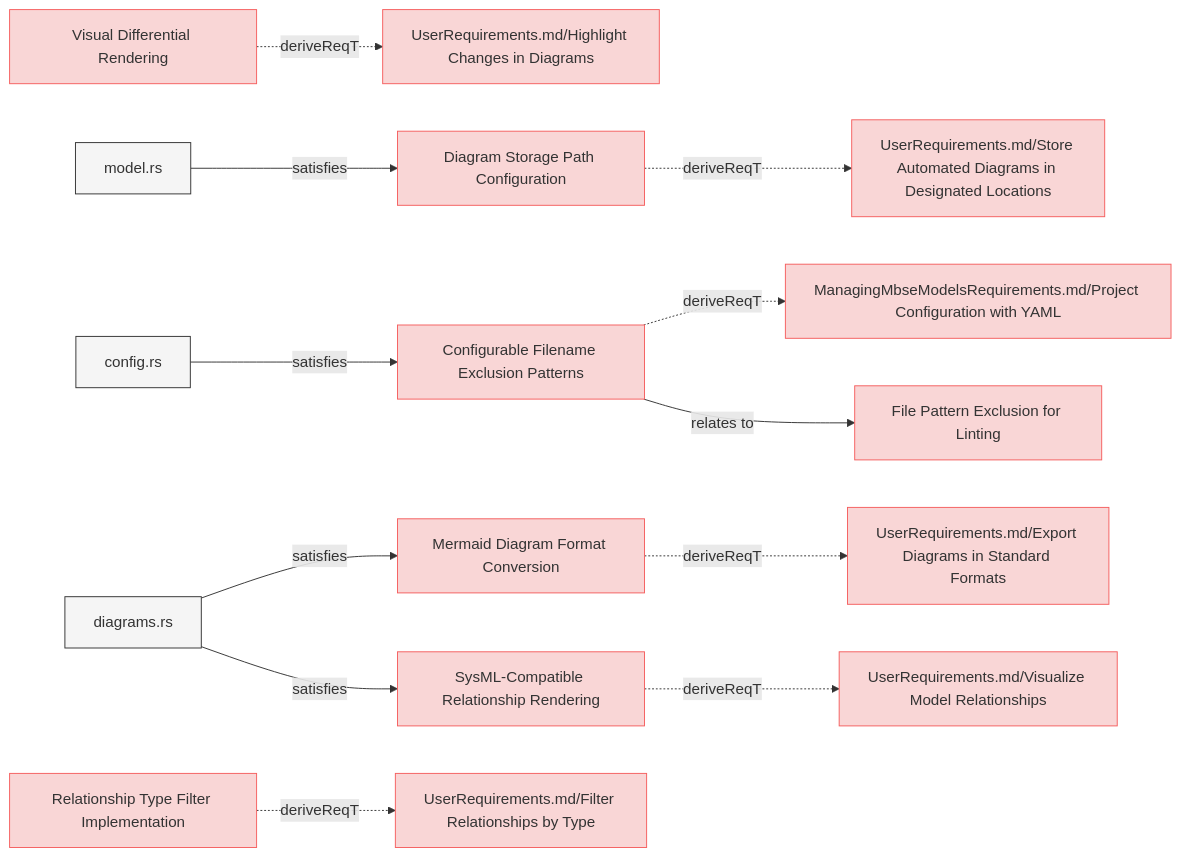
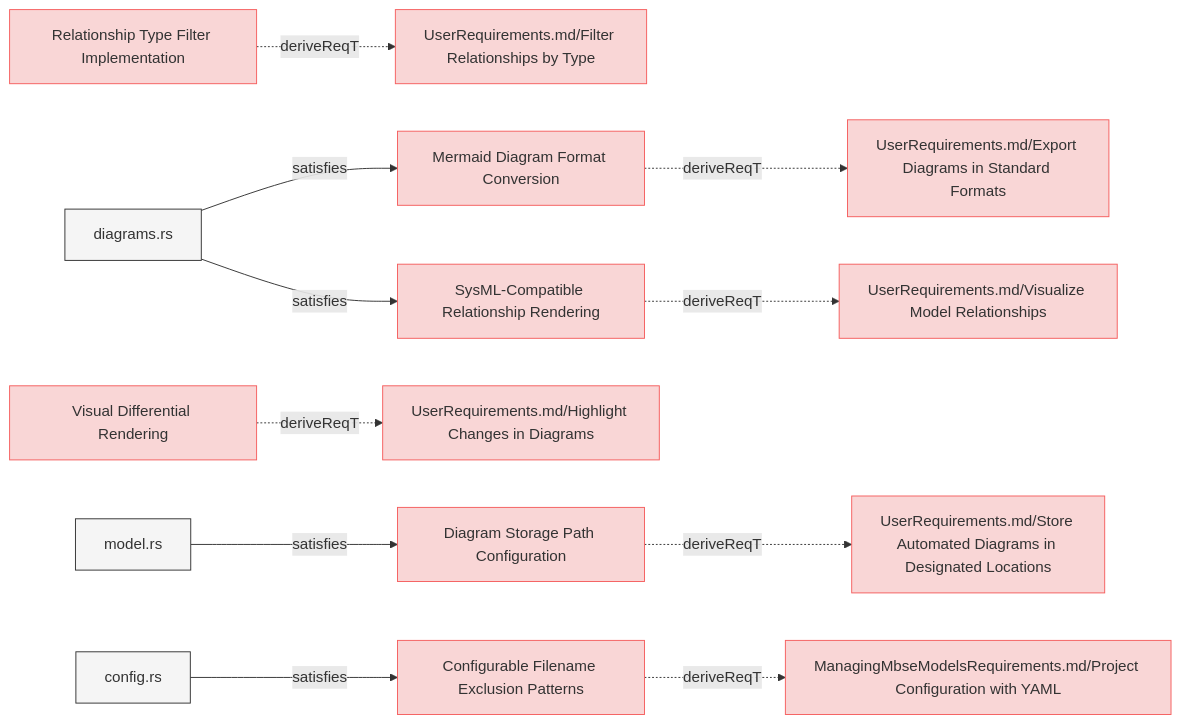
One commit to reqvire-org/reqvire changed the fifth of 8 diagrams in specifications/SystemRequirements/Requirements.md. Above: the diagram before and after it, drawn with Mermaid. The commit also changed other lines of this file and 65 other files, not shown here.

Commit message:
Diagram generation bug fix: there were opposite relations included.

````diff
--- a/specifications/SystemRequirements/Requirements.md
+++ b/specifications/SystemRequirements/Requirements.md
@@ -569,68 +546,64 @@
 ```mermaid
 graph LR;
   %% Graph styling
   classDef requirement fill:#f9d6d6,stroke:#f55f5f,stroke-width:1px;
   classDef verification fill:#d6f9d6,stroke:#5fd75f,stroke-width:1px;
   classDef externalLink fill:#d0e0ff,stroke:#3080ff,stroke-width:1px;
   classDef default fill:#f5f5f5,stroke:#333333,stroke-width:1px;
 
-  9860815d52["Visual Differential Rendering"];
-  click 9860815d52 "Requirements.md#visual-differential-rendering";
-  class 9860815d52 requirement;
-  fd7388e379["UserRequirements.md/Highlight Changes in Diagrams"];
-  class fd7388e379 requirement;
-  click fd7388e379 "../UserRequirements.md#highlight-changes-in-diagrams";
-  9860815d52 -.->|deriveReqT| fd7388e379;
-  191d27287e["Diagram Storage Path Configuration"];
-  click 191d27287e "Requirements.md#diagram-storage-path-configuration";
-  class 191d27287e requirement;
-  aee397f35b["UserRequirements.md/Store Automated Diagrams in Designated Locations"];
-  class aee397f35b requirement;
-  click aee397f35b "../UserRequirements.md#store-automated-diagrams-in-designated-locations";
-  191d27287e -.->|deriveReqT| aee397f35b;
-  6136c216c9["model.rs"];
-  class 6136c216c9 default;
-  click 6136c216c9 "../../core/src/model.rs";
-  6136c216c9 -->|satisfies| 191d27287e;
-  cc8128cae3["Configurable Filename Exclusion Patterns"];
-  click cc8128cae3 "Requirements.md#configurable-filename-exclusion-patterns";
-  class cc8128cae3 requirement;
-  ce24dbacb9["ManagingMbseModelsRequirements.md/Project Configuration with YAML"];
-  class ce24dbacb9 requirement;
-  click ce24dbacb9 "../ManagingMbseModelsRequirements.md#project-configuration-with-yaml";
-  cc8128cae3 -.->|deriveReqT| ce24dbacb9;
-  c87fb8d32a["config.rs"];
-  class c87fb8d32a default;
-  click c87fb8d32a "../../cli/src/config.rs";
-  c87fb8d32a -->|satisfies| cc8128cae3;
-  45770e9b31["File Pattern Exclusion for Linting"];
-  class 45770e9b31 requirement;
-  click 45770e9b31 "Requirements.md#file-pattern-exclusion-for-linting";
-  cc8128cae3 -->|relates to| 45770e9b31;
-  a7ec66314a["Mermaid Diagram Format Conversion"];
-  click a7ec66314a "Requirements.md#mermaid-diagram-format-conversion";
-  class a7ec66314a requirement;
-  10c00a1bd1["UserRequirements.md/Export Diagrams in Standard Formats"];
-  class 10c00a1bd1 requirement;
-  click 10c00a1bd1 "../UserRequirements.md#export-diagrams-in-standard-formats";
-  a7ec66314a -.->|deriveReqT| 10c00a1bd1;
-  d4240e2969["diagrams.rs"];
-  class d4240e2969 default;
-  click d4240e2969 "../../core/src/diagrams.rs";
-  d4240e2969 -->|satisfies| a7ec66314a;
-  c826c1ee7c["SysML-Compatible Relationship Rendering"];
-  click c826c1ee7c "Requirements.md#sysml-compatible-relationship-rendering";
-  class c826c1ee7c requirement;
-  a6a8362836["UserRequirements.md/Visualize Model Relationships"];
-  class a6a8362836 requirement;
-  click a6a8362836 "../UserRequirements.md#visualize-model-relationships";
-  c826c1ee7c -.->|deriveReqT| a6a8362836;
-  d4240e2969 -->|satisfies| c826c1ee7c;
-  1414e7f889["Relationship Type Filter Implementation"];
-  click 1414e7f889 "Requirements.md#relationship-type-filter-implementation";
-  class 1414e7f889 requirement;
-  30d97803eb["UserRequirements.md/Filter Relationships by Type"];
-  class 30d97803eb requirement;
-  click 30d97803eb "../UserRequirements.md#filter-relationships-by-type";
-  1414e7f889 -.->|deriveReqT| 30d97803eb;
+  a7ec66314a62423b["Mermaid Diagram Format Conversion"];
+  click a7ec66314a62423b "Requirements.md#mermaid-diagram-format-conversion";
+  class a7ec66314a62423b requirement;
+  10c00a1bd12fefa5["UserRequirements.md/Export Diagrams in Standard Formats"];
+  class 10c00a1bd12fefa5 requirement;
+  click 10c00a1bd12fefa5 "../UserRequirements.md#export-diagrams-in-standard-formats";
+  a7ec66314a62423b -.->|deriveReqT| 10c00a1bd12fefa5;
+  d4240e29691d4b88["diagrams.rs"];
+  class d4240e29691d4b88 default;
+  click d4240e29691d4b88 "../../core/src/diagrams.rs";
+  d4240e29691d4b88 -->|satisfies| a7ec66314a62423b;
+  1414e7f8890f2939["Relationship Type Filter Implementation"];
+  click 1414e7f8890f2939 "Requirements.md#relationship-type-filter-implementation";
+  class 1414e7f8890f2939 requirement;
+  30d97803eba68a13["UserRequirements.md/Filter Relationships by Type"];
+  class 30d97803eba68a13 requirement;
+  click 30d97803eba68a13 "../UserRequirements.md#filter-relationships-by-type";
+  1414e7f8890f2939 -.->|deriveReqT| 30d97803eba68a13;
+  9860815d52cb0fbb["Visual Differential Rendering"];
+  click 9860815d52cb0fbb "Requirements.md#visual-differential-rendering";
+  class 9860815d52cb0fbb requirement;
+  fd7388e379372d7b["UserRequirements.md/Highlight Changes in Diagrams"];
+  class fd7388e379372d7b requirement;
+  click fd7388e379372d7b "../UserRequirements.md#highlight-changes-in-diagrams";
+  9860815d52cb0fbb -.->|deriveReqT| fd7388e379372d7b;
+  c826c1ee7c93bf6b["SysML-Compatible Relationship Rendering"];
+  click c826c1ee7c93bf6b "Requirements.md#sysml-compatible-relationship-rendering";
+  class c826c1ee7c93bf6b requirement;
+  a6a836283607bf45["UserRequirements.md/Visualize Model Relationships"];
+  class a6a836283607bf45 requirement;
+  click a6a836283607bf45 "../UserRequirements.md#visualize-model-relationships";
+  c826c1ee7c93bf6b -.->|deriveReqT| a6a836283607bf45;
+  d4240e29691d4b88 -->|satisfies| c826c1ee7c93bf6b;
+  191d27287e362df2["Diagram Storage Path Configuration"];
+  click 191d27287e362df2 "Requirements.md#diagram-storage-path-configuration";
+  class 191d27287e362df2 requirement;
+  aee397f35b867556["UserRequirements.md/Store Automated Diagrams in Designated Locations"];
+  class aee397f35b867556 requirement;
+  click aee397f35b867556 "../UserRequirements.md#store-automated-diagrams-in-designated-locations";
+  191d27287e362df2 -.->|deriveReqT| aee397f35b867556;
+  6136c216c9f80165["model.rs"];
+  class 6136c216c9f80165 default;
+  click 6136c216c9f80165 "../../core/src/model.rs";
+  6136c216c9f80165 -->|satisfies| 191d27287e362df2;
+  cc8128cae305b29d["Configurable Filename Exclusion Patterns"];
+  click cc8128cae305b29d "Requirements.md#configurable-filename-exclusion-patterns";
+  class cc8128cae305b29d requirement;
+  ce24dbacb9646f3b["ManagingMbseModelsRequirements.md/Project Configuration with YAML"];
+  class ce24dbacb9646f3b requirement;
+  click ce24dbacb9646f3b "../ManagingMbseModelsRequirements.md#project-configuration-with-yaml";
+  cc8128cae305b29d -.->|deriveReqT| ce24dbacb9646f3b;
+  c87fb8d32afb10bb["config.rs"];
+  class c87fb8d32afb10bb default;
+  click c87fb8d32afb10bb "../../cli/src/config.rs";
+  c87fb8d32afb10bb -->|satisfies| cc8128cae305b29d;
 ```
````
